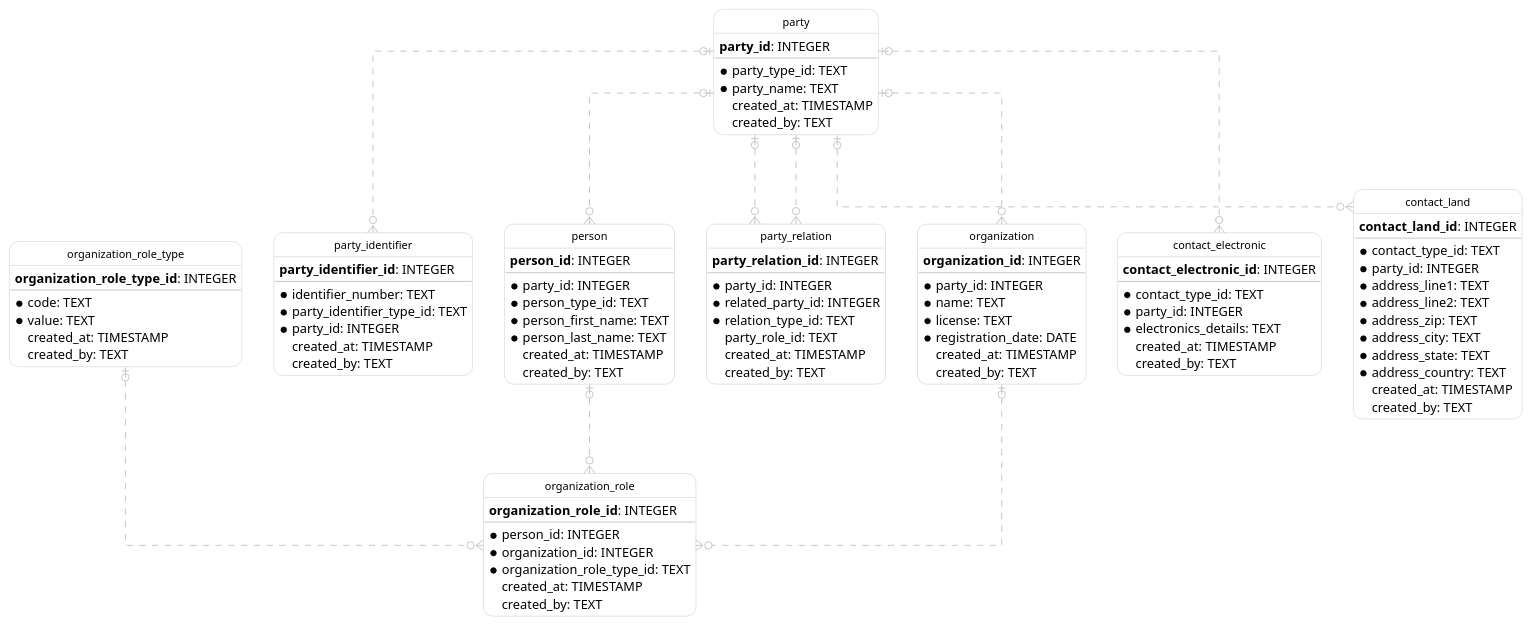
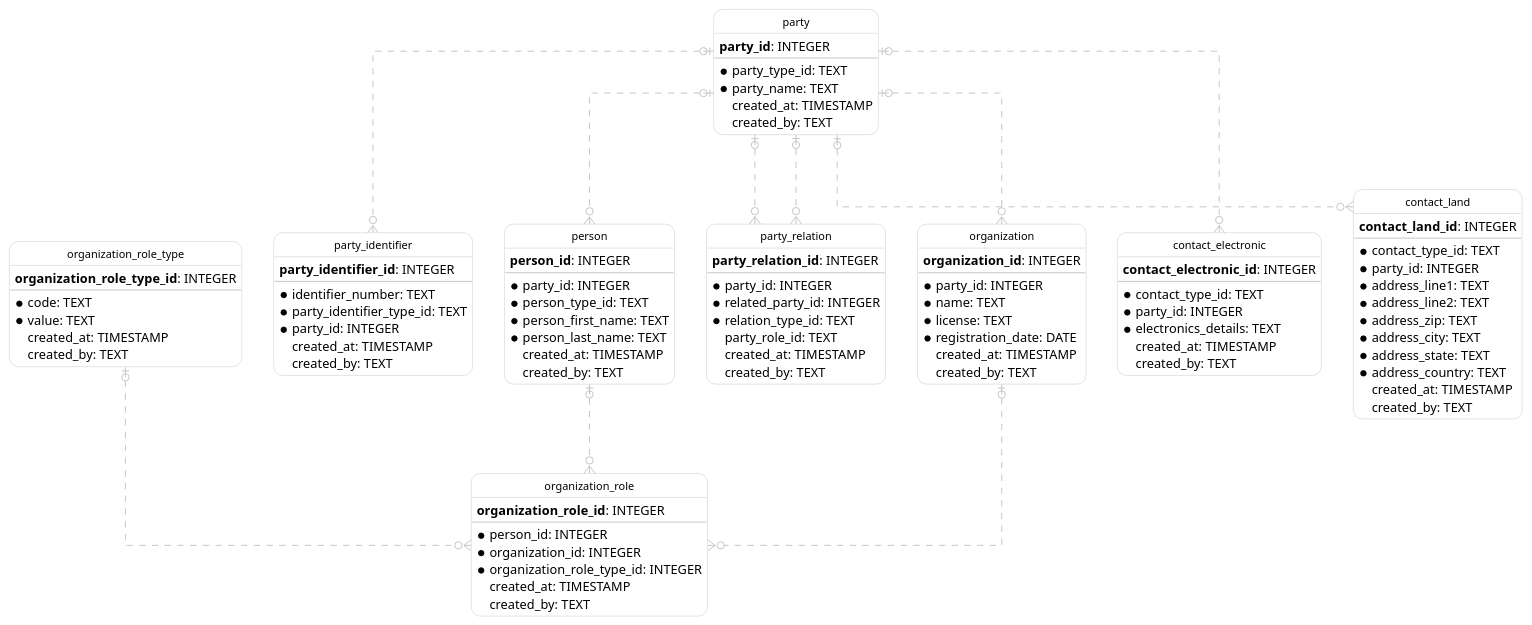
Before and after one commit to netspective-labs/sql-aide: the diagram in pattern/udm/models_test.fixture.puml, drawn with PlantUML. The commit also changed 11 other files, not shown here.

```diff
--- a/pattern/udm/models_test.fixture.puml
+++ b/pattern/udm/models_test.fixture.puml
@@ -1,119 +1,119 @@
 @startuml IE
   hide circle
   skinparam linetype ortho
   skinparam roundcorner 20
   skinparam class {
     BackgroundColor White
     ArrowColor Silver
     BorderColor Silver
     FontColor Black
     FontSize 12
   }
 
   entity "organization_role_type" as organization_role_type {
       **organization_role_type_id**: INTEGER
     --
     * code: TEXT
     * value: TEXT
       created_at: TIMESTAMP
       created_by: TEXT
   }
 
   entity "party" as party {
       **party_id**: INTEGER
     --
     * party_type_id: TEXT
     * party_name: TEXT
       created_at: TIMESTAMP
       created_by: TEXT
   }
 
   entity "party_identifier" as party_identifier {
       **party_identifier_id**: INTEGER
     --
     * identifier_number: TEXT
     * party_identifier_type_id: TEXT
     * party_id: INTEGER
       created_at: TIMESTAMP
       created_by: TEXT
   }
 
   entity "person" as person {
       **person_id**: INTEGER
     --
     * party_id: INTEGER
     * person_type_id: TEXT
     * person_first_name: TEXT
     * person_last_name: TEXT
       created_at: TIMESTAMP
       created_by: TEXT
   }
 
   entity "party_relation" as party_relation {
       **party_relation_id**: INTEGER
     --
     * party_id: INTEGER
     * related_party_id: INTEGER
     * relation_type_id: TEXT
       party_role_id: TEXT
       created_at: TIMESTAMP
       created_by: TEXT
   }
 
   entity "organization" as organization {
       **organization_id**: INTEGER
     --
     * party_id: INTEGER
     * name: TEXT
     * license: TEXT
     * registration_date: DATE
       created_at: TIMESTAMP
       created_by: TEXT
   }
 
   entity "organization_role" as organization_role {
       **organization_role_id**: INTEGER
     --
     * person_id: INTEGER
     * organization_id: INTEGER
-    * organization_role_type_id: TEXT
+    * organization_role_type_id: INTEGER
       created_at: TIMESTAMP
       created_by: TEXT
   }
 
   entity "contact_electronic" as contact_electronic {
       **contact_electronic_id**: INTEGER
     --
     * contact_type_id: TEXT
     * party_id: INTEGER
     * electronics_details: TEXT
       created_at: TIMESTAMP
       created_by: TEXT
   }
 
   entity "contact_land" as contact_land {
       **contact_land_id**: INTEGER
     --
     * contact_type_id: TEXT
     * party_id: INTEGER
     * address_line1: TEXT
     * address_line2: TEXT
     * address_zip: TEXT
     * address_city: TEXT
     * address_state: TEXT
     * address_country: TEXT
       created_at: TIMESTAMP
       created_by: TEXT
   }
 
   party |o..o{ party_identifier
   party |o..o{ person
   party |o..o{ party_relation
   party |o..o{ party_relation
   party |o..o{ organization
   person |o..o{ organization_role
   organization |o..o{ organization_role
   organization_role_type |o..o{ organization_role
   party |o..o{ contact_electronic
   party |o..o{ contact_land
 @enduml
```
